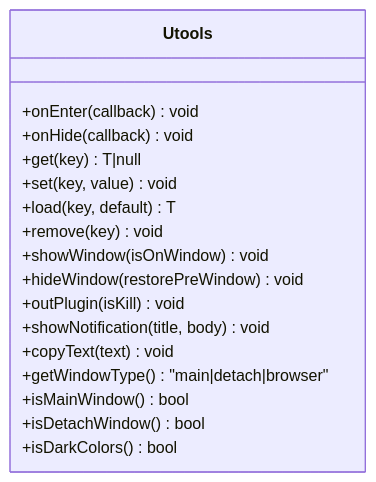
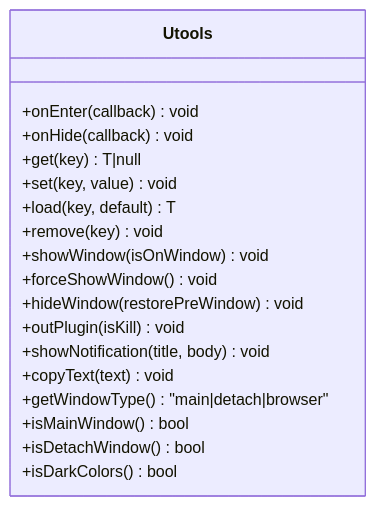
One commit to kqcoxn/utools-releax-tip changed the third of 8 diagrams in .qoder/repowiki/zh/content/服务层设计/utools 集成服务.md. Above: the diagram before and after it, drawn with Mermaid. The commit also changed other lines of this file and 4 other files, not shown here.

````diff
--- a/.qoder/repowiki/zh/content/服务层设计/utools 集成服务.md
+++ b/.qoder/repowiki/zh/content/服务层设计/utools 集成服务.md
@@ -183,20 +188,21 @@
 ```mermaid
 classDiagram
 class Utools {
 +onEnter(callback) void
 +onHide(callback) void
 +get(key) T|null
 +set(key, value) void
 +load(key, default) T
 +remove(key) void
 +showWindow(isOnWindow) void
++forceShowWindow() void
 +hideWindow(restorePreWindow) void
 +outPlugin(isKill) void
 +showNotification(title, body) void
 +copyText(text) void
 +getWindowType() "main|detach|browser"
 +isMainWindow() bool
 +isDetachWindow() bool
 +isDarkColors() bool
 }
 ```
````
